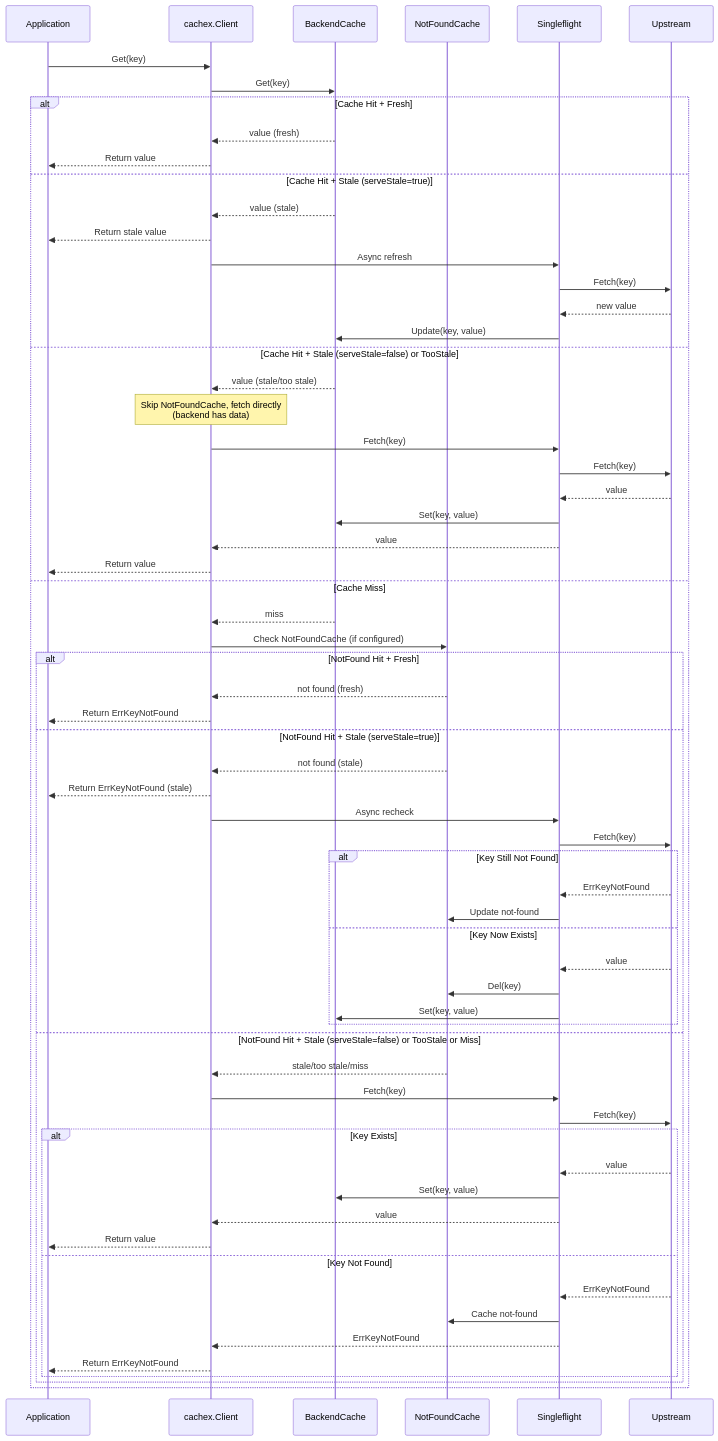
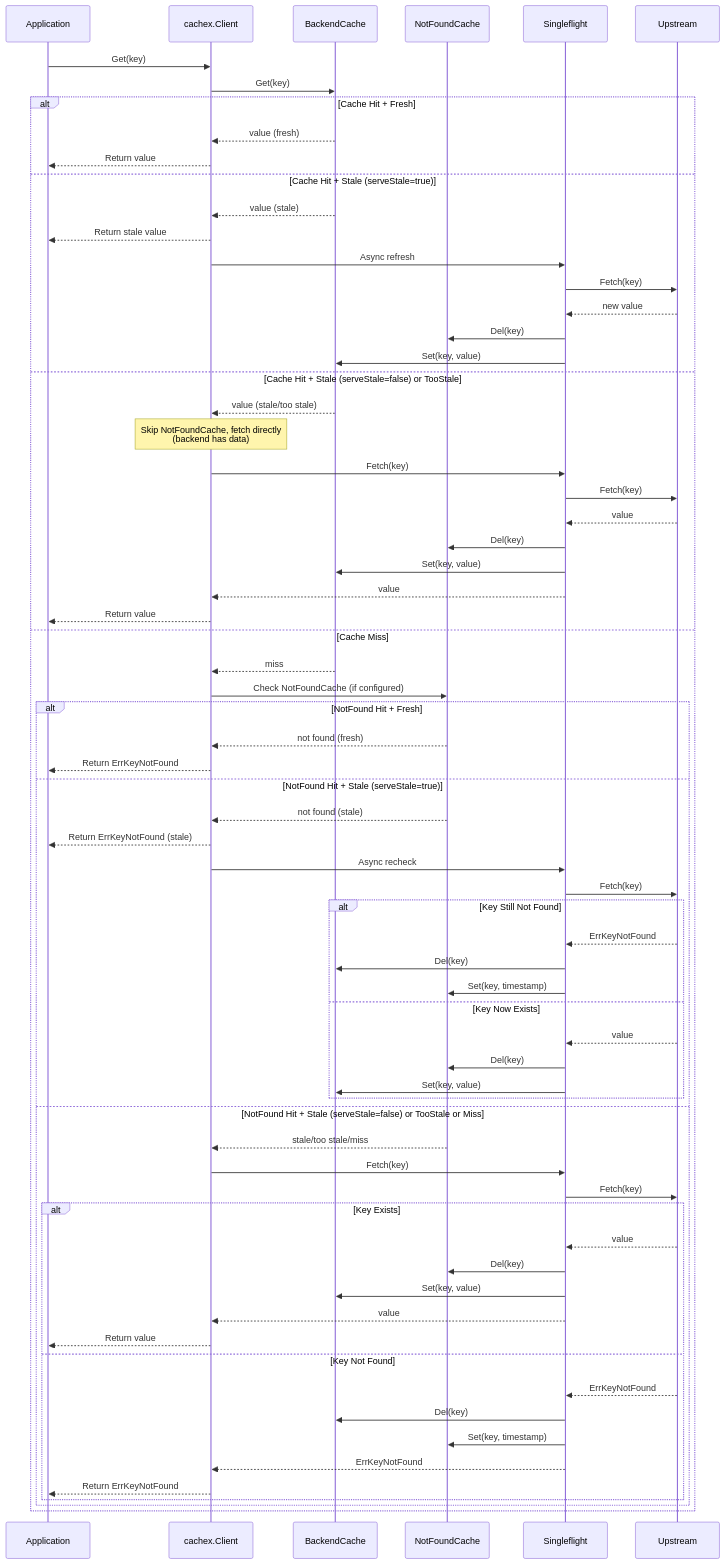
The diagram in README.md (theplant/cachex), drawn with Mermaid before and after one commit. The commit also changed other lines of this file and 20 other files, not shown here.

````diff
--- a/README.md
+++ b/README.md
@@ -96,68 +94,73 @@
 ```mermaid
 sequenceDiagram
     participant App as Application
     participant Client as cachex.Client
     participant Cache as BackendCache
     participant NFCache as NotFoundCache
     participant SF as Singleflight
     participant Upstream
 
     App->>Client: Get(key)
     Client->>Cache: Get(key)
 
     alt Cache Hit + Fresh
         Cache-->>Client: value (fresh)
         Client-->>App: Return value
     else Cache Hit + Stale (serveStale=true)
         Cache-->>Client: value (stale)
         Client-->>App: Return stale value
         Client->>SF: Async refresh
         SF->>Upstream: Fetch(key)
         Upstream-->>SF: new value
-        SF->>Cache: Update(key, value)
+        SF->>NFCache: Del(key)
+        SF->>Cache: Set(key, value)
     else Cache Hit + Stale (serveStale=false) or TooStale
         Cache-->>Client: value (stale/too stale)
         Note over Client: Skip NotFoundCache, fetch directly<br/>(backend has data)
         Client->>SF: Fetch(key)
         SF->>Upstream: Fetch(key)
         Upstream-->>SF: value
+        SF->>NFCache: Del(key)
         SF->>Cache: Set(key, value)
         SF-->>Client: value
         Client-->>App: Return value
     else Cache Miss
         Cache-->>Client: miss
         Client->>NFCache: Check NotFoundCache (if configured)
         alt NotFound Hit + Fresh
             NFCache-->>Client: not found (fresh)
             Client-->>App: Return ErrKeyNotFound
         else NotFound Hit + Stale (serveStale=true)
             NFCache-->>Client: not found (stale)
             Client-->>App: Return ErrKeyNotFound (stale)
             Client->>SF: Async recheck
             SF->>Upstream: Fetch(key)
             alt Key Still Not Found
                 Upstream-->>SF: ErrKeyNotFound
-                SF->>NFCache: Update not-found
+                SF->>Cache: Del(key)
+                SF->>NFCache: Set(key, timestamp)
             else Key Now Exists
                 Upstream-->>SF: value
                 SF->>NFCache: Del(key)
                 SF->>Cache: Set(key, value)
             end
         else NotFound Hit + Stale (serveStale=false) or TooStale or Miss
             NFCache-->>Client: stale/too stale/miss
             Client->>SF: Fetch(key)
             SF->>Upstream: Fetch(key)
             alt Key Exists
                 Upstream-->>SF: value
+                SF->>NFCache: Del(key)
                 SF->>Cache: Set(key, value)
                 SF-->>Client: value
                 Client-->>App: Return value
             else Key Not Found
                 Upstream-->>SF: ErrKeyNotFound
-                SF->>NFCache: Cache not-found
+                SF->>Cache: Del(key)
+                SF->>NFCache: Set(key, timestamp)
                 SF-->>Client: ErrKeyNotFound
                 Client-->>App: Return ErrKeyNotFound
             end
         end
     end
 ```
````
